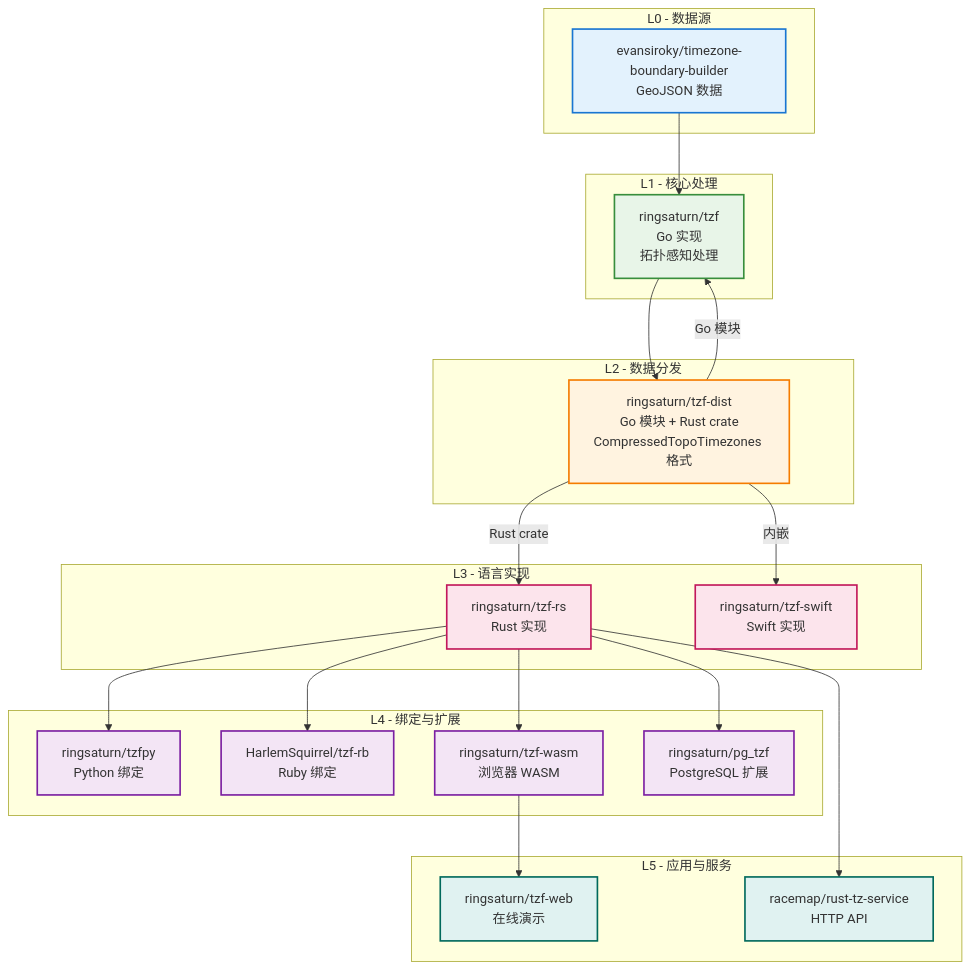
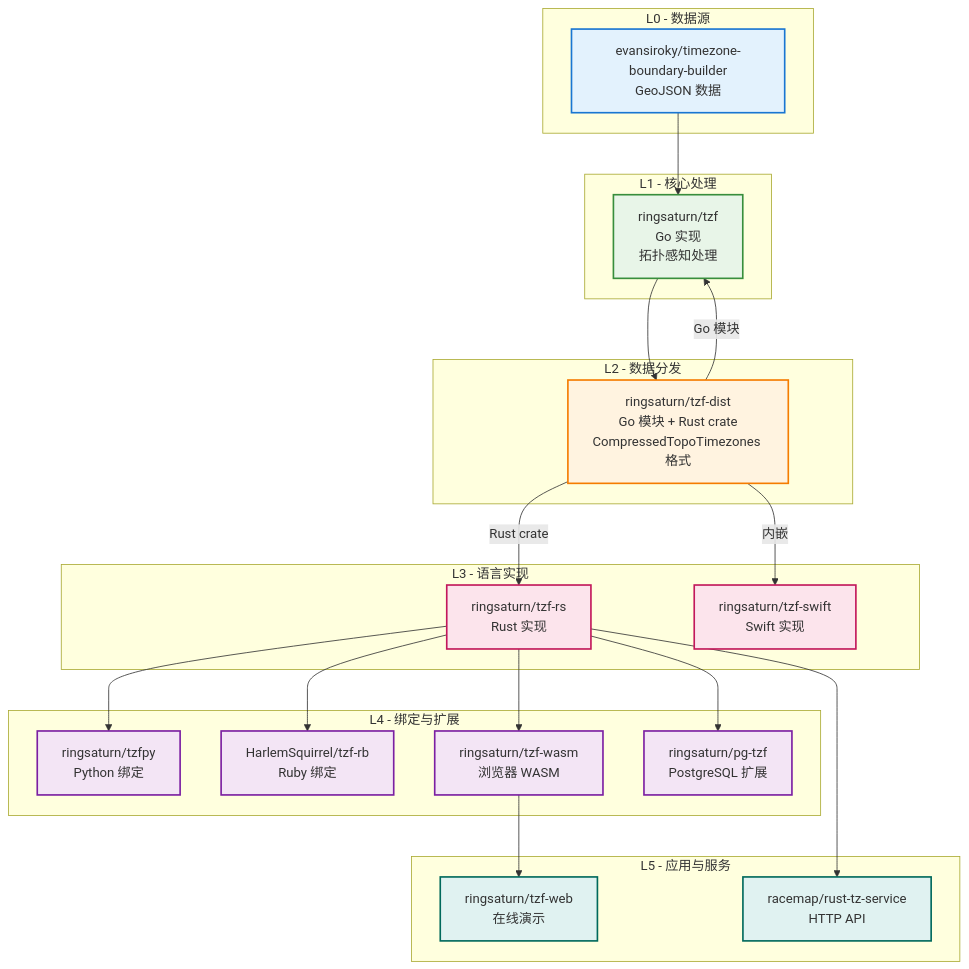
One commit to ringsaturn/project-tzf changed the diagram in content/docs/reference/ecosystem.zh-cn.md. Above: the diagram before and after it, drawn with Mermaid. The commit also changed other lines of this file and 23 other files, not shown here.

````diff
--- a/content/docs/reference/ecosystem.zh-cn.md
+++ b/content/docs/reference/ecosystem.zh-cn.md
@@ -16,72 +16,72 @@
 ```mermaid
 %%{init: {"flowchart": {"htmlLabels": true}, "theme": "default"}}%%
 graph TD
     %% L0 - 数据源
     subgraph L0["L0 - 数据源"]
         GeoJSON[evansiroky/timezone-boundary-builder<br/>GeoJSON 数据]
     end
 
     %% L1 - 核心处理
     subgraph L1["L1 - 核心处理"]
         TZF[ringsaturn/tzf<br/>Go 实现<br/>拓扑感知处理]
     end
 
     %% L2 - 数据分发
     subgraph L2["L2 - 数据分发"]
         TZF_DIST[ringsaturn/tzf-dist<br/>Go 模块 + Rust crate<br/>CompressedTopoTimezones 格式]
     end
 
     %% L3 - 语言实现
     subgraph L3["L3 - 语言实现"]
         TZF_RS[ringsaturn/tzf-rs<br/>Rust 实现]
         TZF_SWIFT[ringsaturn/tzf-swift<br/>Swift 实现]
     end
 
     %% L4 - 语言绑定与扩展
     subgraph L4["L4 - 绑定与扩展"]
         TZFPY[ringsaturn/tzfpy<br/>Python 绑定]
         TZF_RB[HarlemSquirrel/tzf-rb<br/>Ruby 绑定]
         TZF_WASM[ringsaturn/tzf-wasm<br/>浏览器 WASM]
-        PG_TZF[ringsaturn/pg_tzf<br/>PostgreSQL 扩展]
+        PG_TZF[ringsaturn/pg-tzf<br/>PostgreSQL 扩展]
     end
 
     %% L5 - 应用与服务
     subgraph L5["L5 - 应用与服务"]
         TZF_WEB[ringsaturn/tzf-web<br/>在线演示]
         RUST_TZ_SERVICE[racemap/rust-tz-service<br/>HTTP API]
     end
 
     %% 数据流
     GeoJSON --> TZF
     TZF --> TZF_DIST
 
     %% Go 直接使用 tzf-dist
     TZF_DIST --> |Go 模块| TZF
     TZF_DIST --> |Rust crate| TZF_RS
     TZF_DIST --> |内嵌| TZF_SWIFT
 
     %% Rust 生态
     TZF_RS --> TZFPY
     TZF_RS --> TZF_RB
     TZF_RS --> TZF_WASM
     TZF_RS --> PG_TZF
     TZF_RS --> RUST_TZ_SERVICE
 
     %% Web 应用
     TZF_WASM --> TZF_WEB
 
     %% 样式
     classDef l0 fill:#e3f2fd,stroke:#1976d2,stroke-width:2px
     classDef l1 fill:#e8f5e8,stroke:#388e3c,stroke-width:2px
     classDef l2 fill:#fff3e0,stroke:#f57c00,stroke-width:2px
     classDef l3 fill:#fce4ec,stroke:#c2185b,stroke-width:2px
     classDef l4 fill:#f3e5f5,stroke:#7b1fa2,stroke-width:2px
     classDef l5 fill:#e0f2f1,stroke:#00695c,stroke-width:2px
 
     class GeoJSON l0
     class TZF l1
     class TZF_DIST l2
     class TZF_RS,TZF_SWIFT l3
     class TZFPY,TZF_RB,TZF_WASM,PG_TZF l4
     class TZF_WEB,RUST_TZ_SERVICE l5
 ```
````
